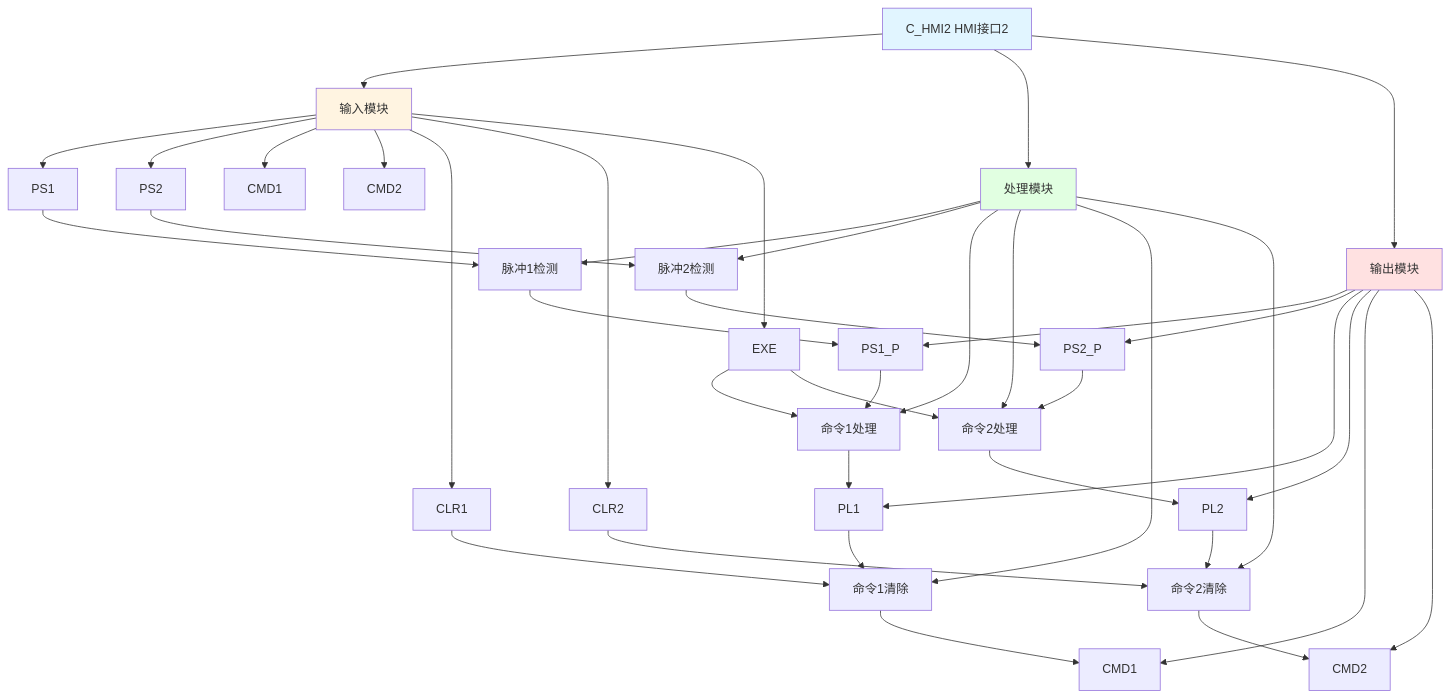
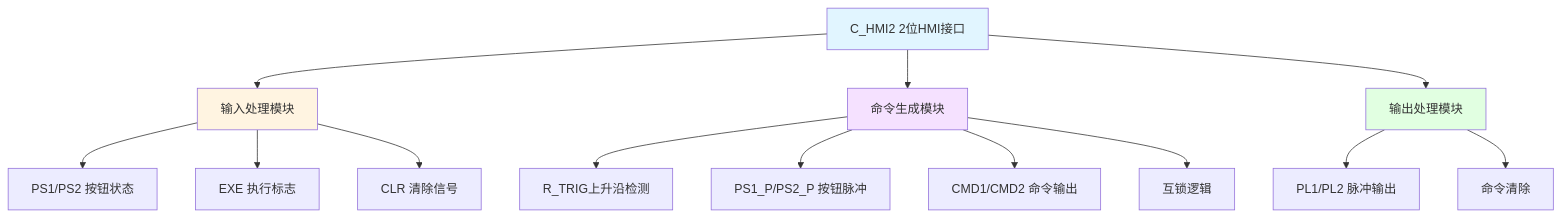
Before and after one commit to dlgt6/c: the diagram in C_HMI2_分析报告.md, drawn with Mermaid. The commit also changed other lines of this file and 20 other files, not shown here.

````diff
--- a/C_HMI2_分析报告.md
+++ b/C_HMI2_分析报告.md
@@ -19,50 +30,23 @@
 ```mermaid
 graph TD
-    A[C_HMI2 HMI接口2] --> B[输入模块]
-    A --> C[处理模块]
-    A --> D[输出模块]
+    A[C_HMI2 2位HMI接口] --> B[输入处理模块]
+    A --> C[命令生成模块]
+    A --> D[输出处理模块]
     
-    B --> B1[PS1]
-    B --> B2[PS2]
-    B --> B3[CMD1]
-    B --> B4[CMD2]
-    B --> B5[CLR1]
-    B --> B6[CLR2]
-    B --> B7[EXE]
+    B --> B1[PS1/PS2 按钮状态]
+    B --> B2[EXE 执行标志]
+    B --> B3[CLR 清除信号]
     
-    C --> C1[脉冲1检测]
-    C --> C2[脉冲2检测]
-    C --> C3[命令1处理]
-    C --> C4[命令2处理]
-    C --> C5[命令1清除]
-    C --> C6[命令2清除]
+    C --> C1[R_TRIG上升沿检测]
+    C --> C2[PS1_P/PS2_P 按钮脉冲]
+    C --> C3[CMD1/CMD2 命令输出]
+    C --> C4[互锁逻辑]
     
-    D --> D1[PS1_P]
-    D --> D2[PS2_P]
-    D --> D3[PL1]
-    D --> D4[PL2]
-    D --> D5[CMD1]
-    D --> D6[CMD2]
-    
-    B1 --> C1
-    C1 --> D1
-    D1 --> C3
-    B7 --> C3
-    C3 --> D3
-    D3 --> C5
-    B5 --> C5
-    C5 --> D5
-    B2 --> C2
-    C2 --> D2
-    D2 --> C4
-    B7 --> C4
-    C4 --> D4
-    D4 --> C6
-    B6 --> C6
-    C6 --> D6
+    D --> D1[PL1/PL2 脉冲输出]
+    D --> D2[命令清除]
     
     style A fill:#e1f5ff
     style B fill:#fff4e1
-    style C fill:#e1ffe1
-    style D fill:#ffe1e1
+    style C fill:#f5e1ff
+    style D fill:#e1ffe1
 ```
````
